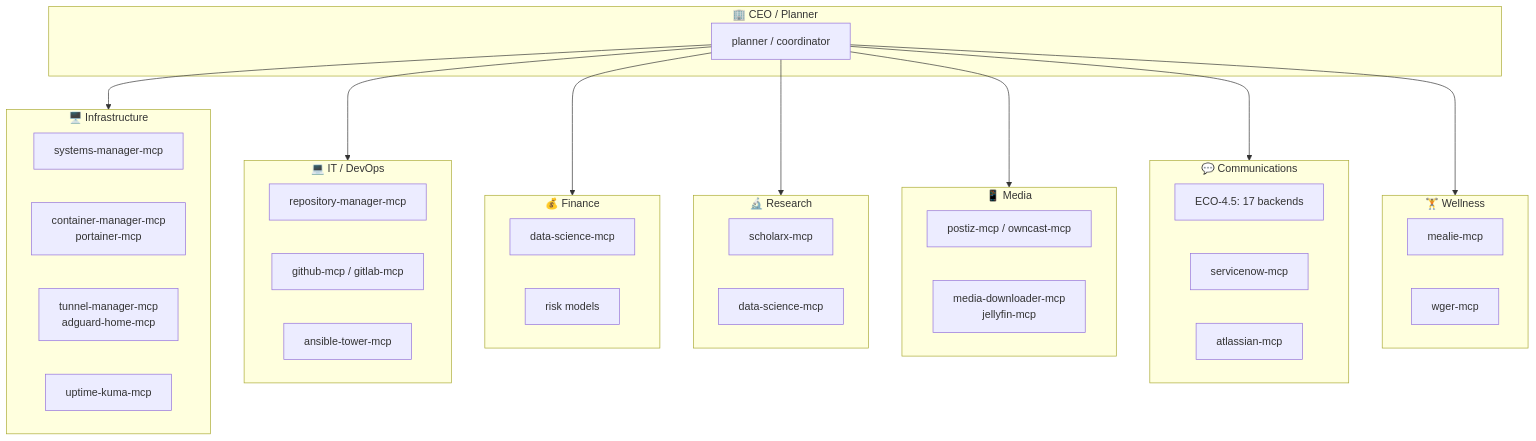
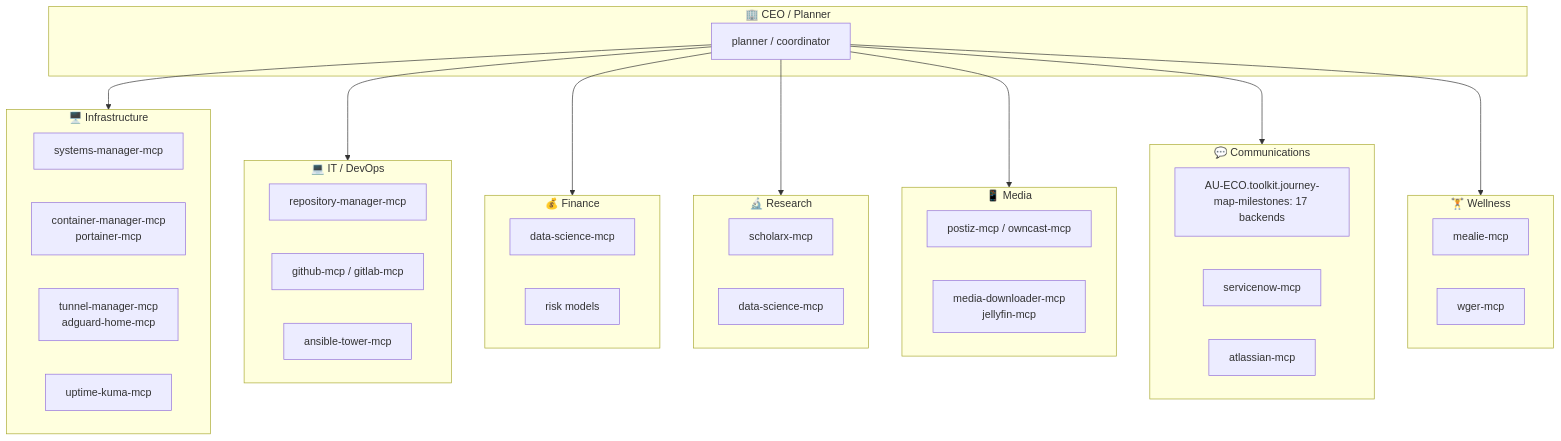
One commit to Knuckles-Team/agent-utilities changed the second of 2 diagrams in docs/pillars/1_graph_orchestration/ORCH-1.8-Parallel_Engine.md. Above: the diagram before and after it, drawn with Mermaid. The commit also changed other lines of this file and 2324 other files, not shown here.

````diff
--- a/docs/pillars/1_graph_orchestration/ORCH-1.8-Parallel_Engine.md
+++ b/docs/pillars/1_graph_orchestration/ORCH-1.8-Parallel_Engine.md
@@ -261,47 +261,47 @@
 ```mermaid
 graph TD
     subgraph CEO["🏢 CEO / Planner"]
         PLANNER["planner / coordinator"]
     end
 
     subgraph INFRA["🖥️ Infrastructure"]
         SYS["systems-manager-mcp"]
         DOCKER["container-manager-mcp<br/>portainer-mcp"]
         NET["tunnel-manager-mcp<br/>adguard-home-mcp"]
         MON["uptime-kuma-mcp"]
     end
 
     subgraph IT["💻 IT / DevOps"]
         REPO["repository-manager-mcp"]
         GIT["github-mcp / gitlab-mcp"]
         CI["ansible-tower-mcp"]
     end
 
     subgraph FINANCE["💰 Finance"]
         QUANT["data-science-mcp"]
         RISK["risk models"]
     end
 
     subgraph RESEARCH["🔬 Research"]
         SCHOLAR["scholarx-mcp"]
         DATA["data-science-mcp"]
     end
 
     subgraph MEDIA["📱 Media"]
         SOCIAL["postiz-mcp / owncast-mcp"]
         MEDIA_DL["media-downloader-mcp<br/>jellyfin-mcp"]
     end
 
     subgraph COMMS["💬 Communications"]
-        MSG["ECO-4.5: 17 backends"]
+        MSG["AU-ECO.toolkit.journey-map-milestones: 17 backends"]
         ITSM["servicenow-mcp"]
         COLLAB["atlassian-mcp"]
     end
 
     subgraph WELLNESS["🏋️ Wellness"]
         DIET["mealie-mcp"]
         FIT["wger-mcp"]
     end
 
     PLANNER --> INFRA & IT & FINANCE & RESEARCH & MEDIA & COMMS & WELLNESS
 ```
````
